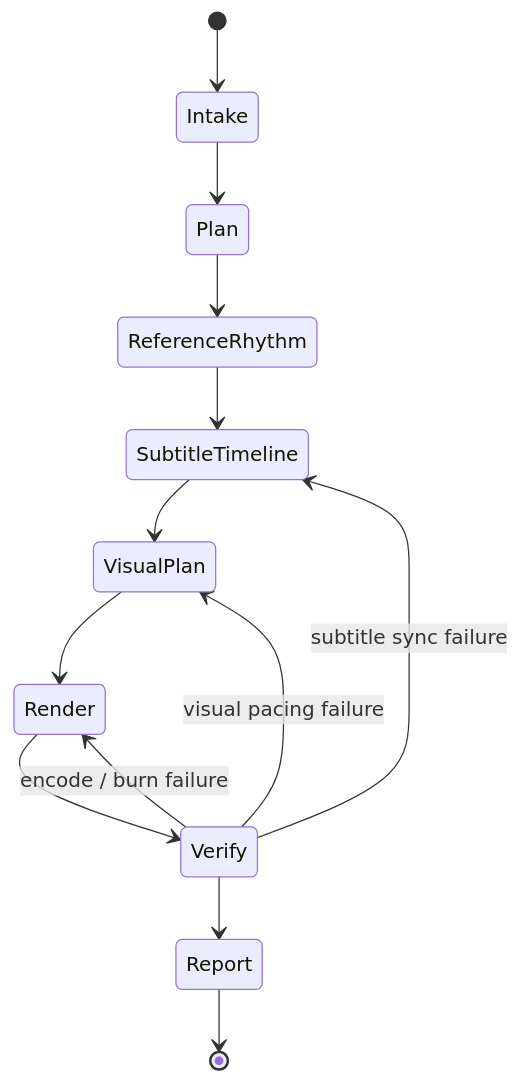
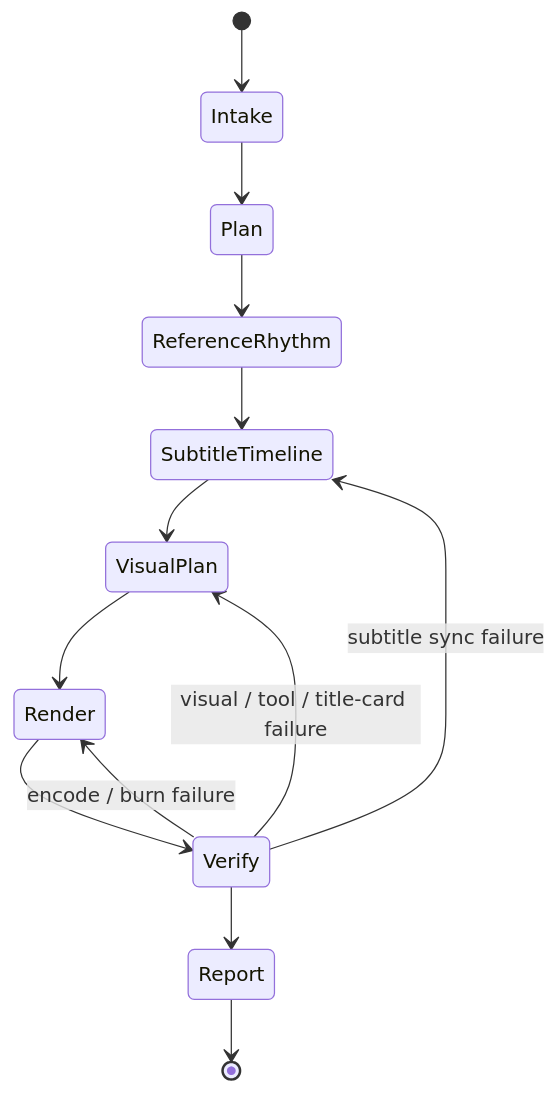
The second of 2 diagrams in .agents/skills/workflow/F1/SKILL.md (ZEN-VOID/AI-CUT), drawn with Mermaid before and after one commit. The commit also changed other lines of this file and 945 other files, not shown here.

````diff
--- a/.agents/skills/workflow/F1/SKILL.md
+++ b/.agents/skills/workflow/F1/SKILL.md
@@ -394,15 +670,15 @@
 ```mermaid
 stateDiagram-v2
     [*] --> Intake
     Intake --> Plan
     Plan --> ReferenceRhythm
     ReferenceRhythm --> SubtitleTimeline
     SubtitleTimeline --> VisualPlan
     VisualPlan --> Render
     Render --> Verify
     Verify --> Report
     Verify --> SubtitleTimeline: subtitle sync failure
-    Verify --> VisualPlan: visual pacing failure
+    Verify --> VisualPlan: visual / tool / title-card failure
     Verify --> Render: encode / burn failure
     Report --> [*]
 ```
````
